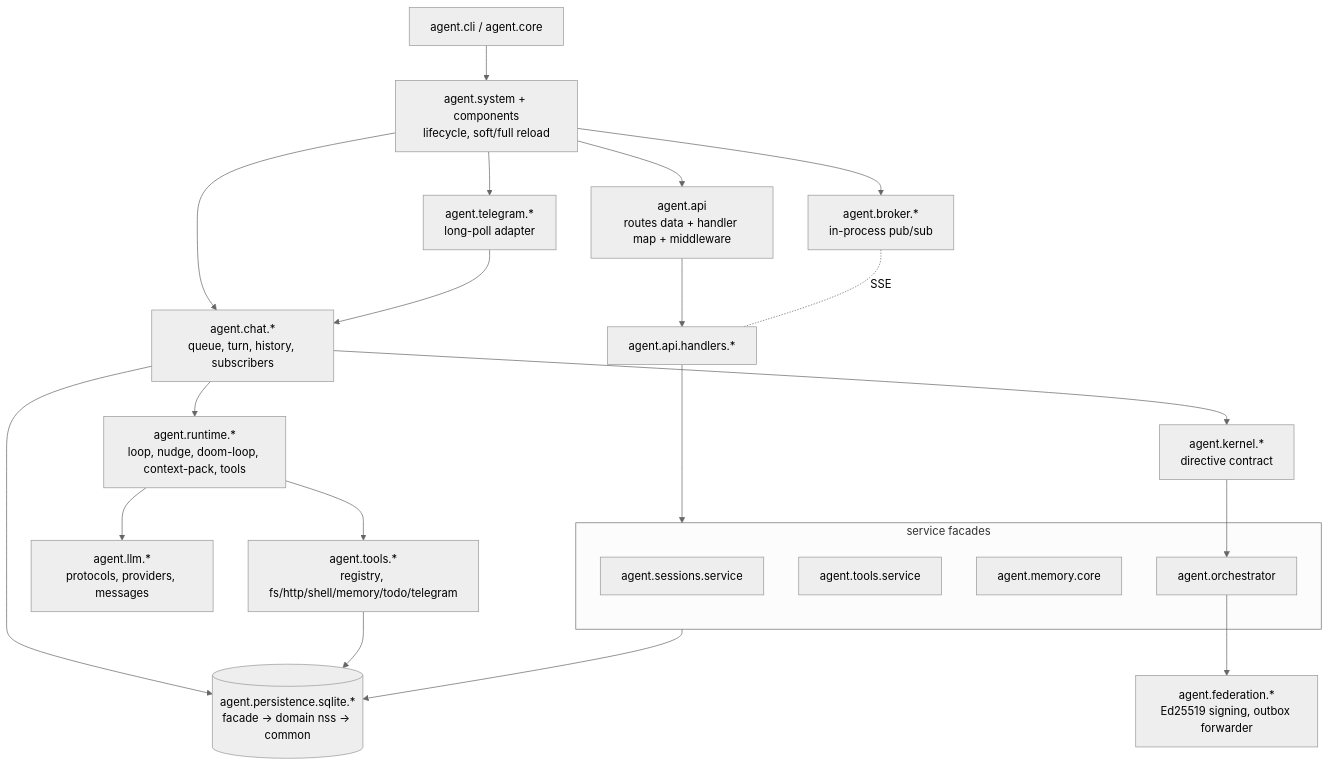
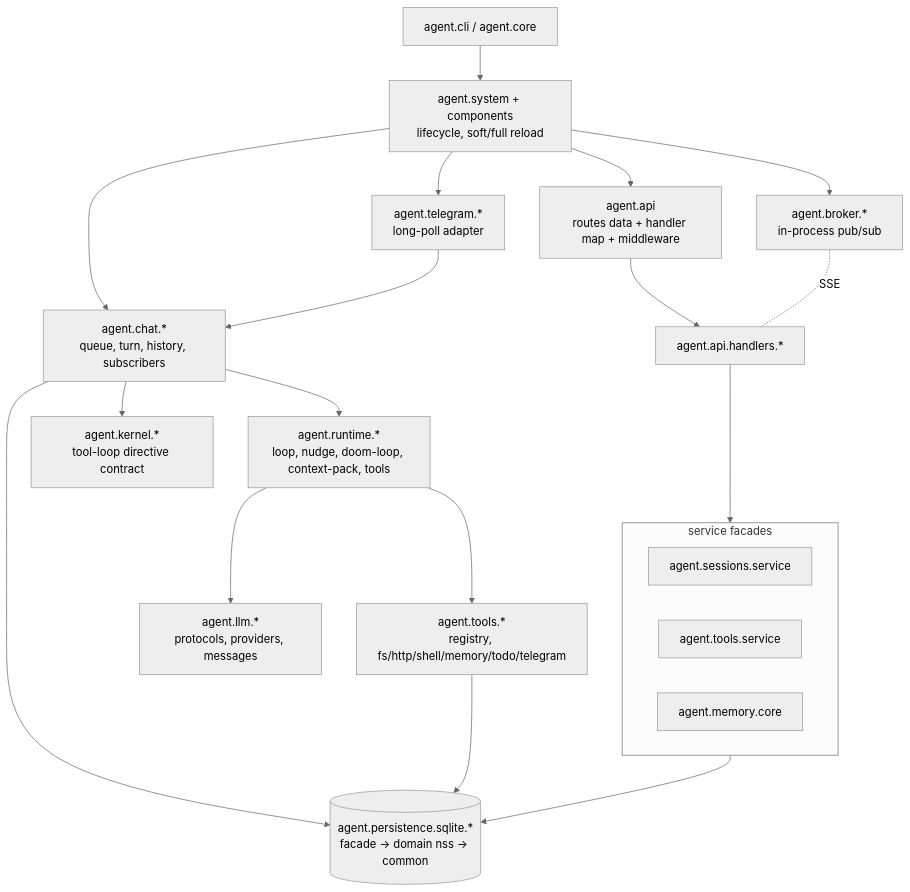
The diagram in obsidian/architecture/codebase-map.md (skammer/iris), drawn with Mermaid (neutral theme) before and after one commit. The commit also changed other lines of this file and 47 other files, not shown here.

````diff
--- a/obsidian/architecture/codebase-map.md
+++ b/obsidian/architecture/codebase-map.md
@@ -14,25 +14,23 @@
 ```mermaid
 graph TD
     CLI[agent.cli / agent.core] --> SYS[agent.system + components<br/>lifecycle, soft/full reload]
     SYS --> API[agent.api<br/>routes data + handler map + middleware]
     SYS --> TG[agent.telegram.*<br/>long-poll adapter]
     SYS --> CHAT[agent.chat.*<br/>queue, turn, history, subscribers]
     API --> HANDLERS[agent.api.handlers.*] --> SERVICES
     TG --> CHAT
     subgraph SERVICES[service facades]
         SESS[agent.sessions.service]
         TOOLSVC[agent.tools.service]
         MEM[agent.memory.core]
-        ORCH[agent.orchestrator]
     end
     CHAT --> RT[agent.runtime.*<br/>loop, nudge, doom-loop, context-pack, tools]
     RT --> LLM[agent.llm.*<br/>protocols, providers, messages]
     RT --> TOOLS[agent.tools.*<br/>registry, fs/http/shell/memory/todo/telegram]
     SERVICES --> STORE[(agent.persistence.sqlite.*<br/>facade → domain nss → common)]
     CHAT --> STORE
     TOOLS --> STORE
     SYS --> BROKER[agent.broker.*<br/>in-process pub/sub]
     BROKER -.SSE.- HANDLERS
-    ORCH --> FED[agent.federation.*<br/>Ed25519 signing, outbox forwarder]
-    CHAT --> KERNEL[agent.kernel.*<br/>directive contract] --> ORCH
+    CHAT --> KERNEL[agent.kernel.*<br/>tool-loop directive contract]
 ```
````
